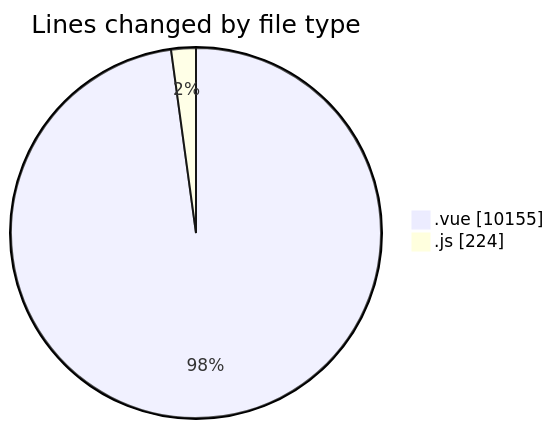
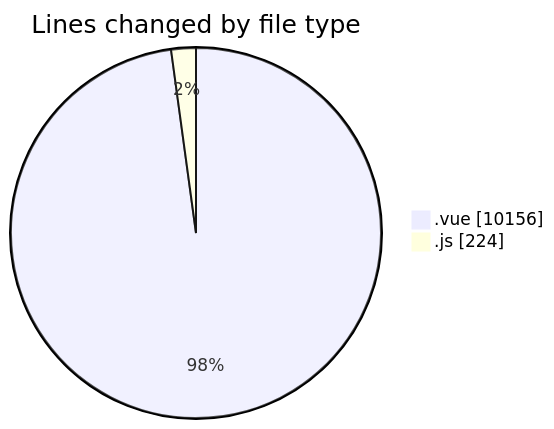
One commit to lephambinh05/code-tracking changed the first of 2 diagrams in 2025-08-14/rentotp/README.md. Above: the diagram before and after it, drawn with Mermaid. The commit also changed other lines of this file and 1 other file, not shown here.

````diff
--- a/2025-08-14/rentotp/README.md
+++ b/2025-08-14/rentotp/README.md
@@ -25,6 +25,6 @@
 ```mermaid
 pie showData
 title Lines changed by file type
-".vue" : 10155
+".vue" : 10156
 ".js" : 224
 ```
````
